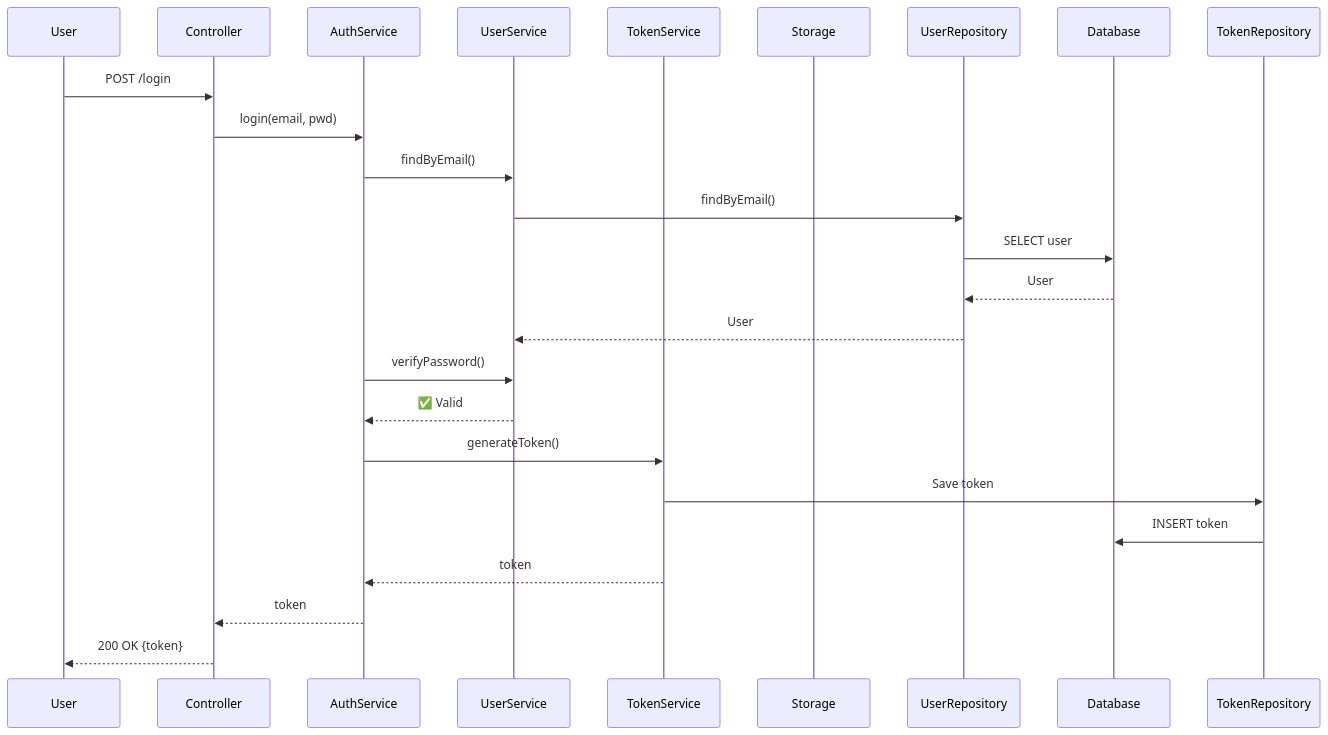
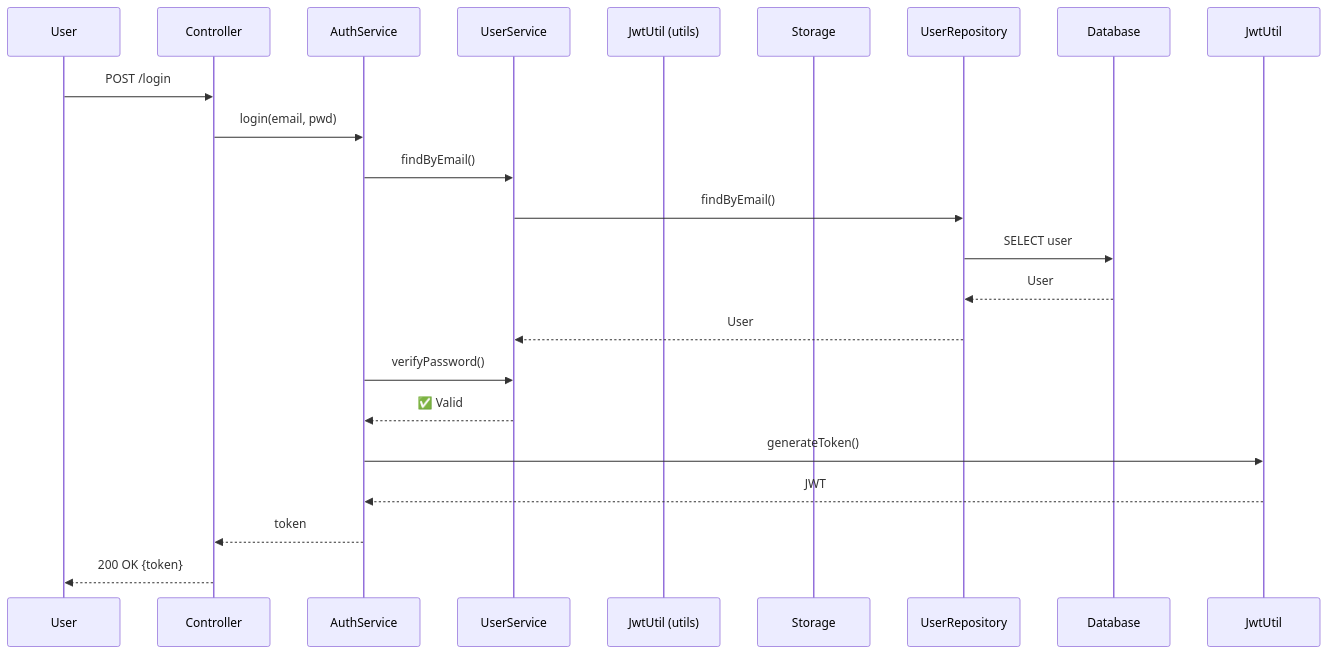
Before and after one commit to akramdaboussi/Sotware_ArchitectureProject: the third of 3 diagrams in docs/ARCHITECTURE.md, drawn with Mermaid. The commit also changed other lines of this file and 5 other files, not shown here.

````diff
--- a/docs/ARCHITECTURE.md
+++ b/docs/ARCHITECTURE.md
@@ -139,25 +132,23 @@
 ```mermaid
 sequenceDiagram
     participant User
     participant Controller
     participant AuthService
     participant UserService
-    participant TokenService
+    participant JwtUtil (utils)
     participant Storage
     
     User->>Controller: POST /login
     Controller->>AuthService: login(email, pwd)
     AuthService->>UserService: findByEmail()
     UserService->>UserRepository: findByEmail()
     UserRepository->>Database: SELECT user
     Database-->>UserRepository: User
     UserRepository-->>UserService: User
     AuthService->>UserService: verifyPassword()
     UserService-->>AuthService: ✅ Valid
-    AuthService->>TokenService: generateToken()
-    TokenService->>TokenRepository: Save token
-    TokenRepository->>Database: INSERT token
-    TokenService-->>AuthService: token
+    AuthService->>JwtUtil: generateToken()
+    JwtUtil-->>AuthService: JWT
     AuthService-->>Controller: token
     Controller-->>User: 200 OK {token}
 ```
````
